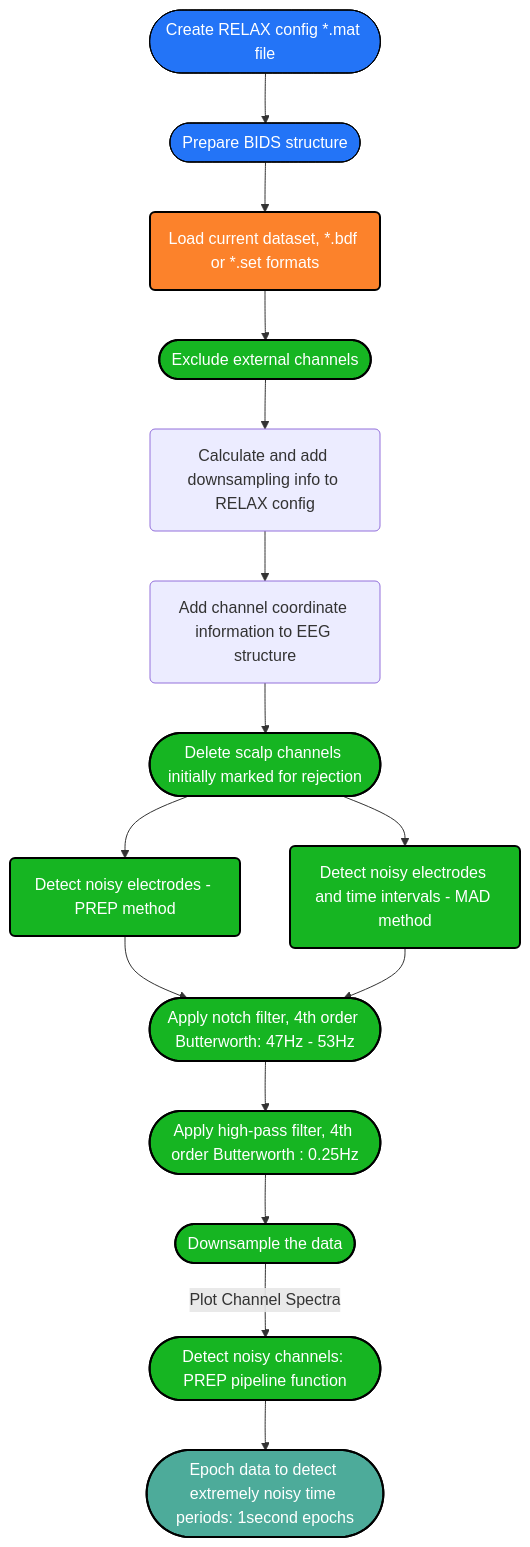
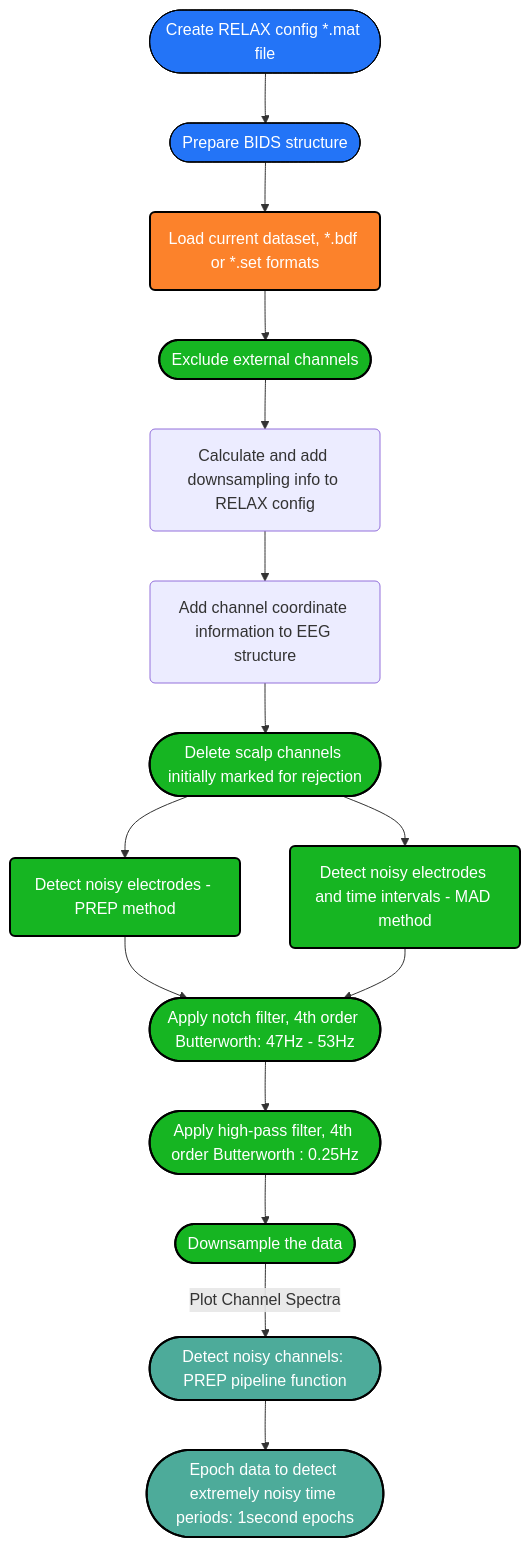
The diagram in Pipeline_Datafow_Chart.md (deebeebolger/Project_CeLaVie), drawn with Mermaid before and after one commit.

````diff
--- a/Pipeline_Datafow_Chart.md
+++ b/Pipeline_Datafow_Chart.md
@@ -1,41 +1,41 @@
 ```mermaid
 flowchart TD
 %% Colors %%
 
 classDef blue fill:#2374f7, stroke:#000, stroke-width: px, color:#fff
 classDef orange fill:#fc822b,stroke:#000,stroke-width:2px,color:#fff
 classDef green fill:#16b522,stroke:#000,stroke-width:2px,color:#fff
 classDef mintgreen fill:#4DAB9A,stroke:#000,stroke-width:2px,color:#fff
 classDef mandarine fill:#FFA344,stroke:#000,stroke-width:2px,color:#fff
 classDef aubergine fill:#9A6DD7,stroke:#000,stroke-width:2px,color:#fff
 classDef red fill:#D44C47,stroke:#000,stroke-width:2px,color:#fff
 classDef grey fill:#979A9B,stroke:#000,stroke-width:2px,color:#fff
 
 
 Config([Create RELAX config *.mat file]):::blue -->
 BIDS([Prepare BIDS structure]):::blue
 click Config "https://github.com/deebeebolger/Project_CeLaVie/blob/main/DataflowChart_pages/Create_RELAX_conf_file.md" "Link"
 click BIDS "https://github.com/deebeebolger/Project_CeLaVie/blob/main/DataflowChart_pages/BIDS_structure.md" "Link"
 BIDS --> Ld(Load current dataset, *.bdf or *.set formats):::orange
 --> EXRej([Exclude external channels]):::green
 click EXRej "https://github.com/deebeebolger/Project_CeLaVie/blob/main/DataflowChart_pages/Exclude_external_chans.md" _blank
 EXRej --> AddRS(Calculate and add downsampling info to RELAX config)
 click AddRS "https://github.com/deebeebolger/Project_CeLaVie/blob/main/DataflowChart_pages/Downsampling.md" "Link"
 AddRS --> AddChan(Add channel coordinate information to EEG structure)
 click AddChan "https://github.com/deebeebolger/Project_CeLaVie/blob/main/DataflowChart_pages/Add_Channels_coordinates.md" "Link"
 AddChan --> ScalpRej([Delete scalp channels initially marked for rejection]):::green
 ScalpRej --> BadChanDetect(Detect noisy electrodes - PREP method):::green
 ScalpRej --> BadChanTimeDetect(Detect noisy electrodes and time intervals - MAD method):::green
 click BadChanDetect "https://github.com/deebeebolger/Project_CeLaVie/blob/main/DataflowChart_pages/BadChannelDetect_PREP.md" "Link"
 click BadChanTimeDetect "https://github.com/deebeebolger/Project_CeLaVie/blob/main/DataflowChart_pages/Bad_ChannelTime_Detect_MAD.md" "Link"
 BadChanDetect --> Notch([Apply notch filter, 4th order Butterworth: 47Hz - 53Hz]):::green
 BadChanTimeDetect --> Notch([Apply notch filter, 4th order Butterworth: 47Hz - 53Hz]):::green
 click Notch "https://github.com/deebeebolger/Project_CeLaVie/blob/main/DataflowChart_pages/Filtering.md" "Link"
 Notch --> HPfilt([Apply high-pass filter, 4th order Butterworth : 0.25Hz]):::green
 HPfilt --> RSamp([Downsample the data]):::green
 click HPfilt "https://github.com/deebeebolger/Project_CeLaVie/blob/main/DataflowChart_pages/Filtering.md" "Link"
-RSamp -->|Plot Channel Spectra|Prep([Detect noisy channels: PREP pipeline function]):::green
+RSamp -->|Plot Channel Spectra|Prep([Detect noisy channels: PREP pipeline function]):::mintgreen
 Prep --> EpClean([Epoch data to detect extremely noisy time periods: 1second epochs]):::mintgreen
 click Prep "https://github.com/deebeebolger/Project_CeLaVie/blob/main/DataflowChart_pages/BadChannelDetect_PREP.md" "Link"
 
 ```
````
